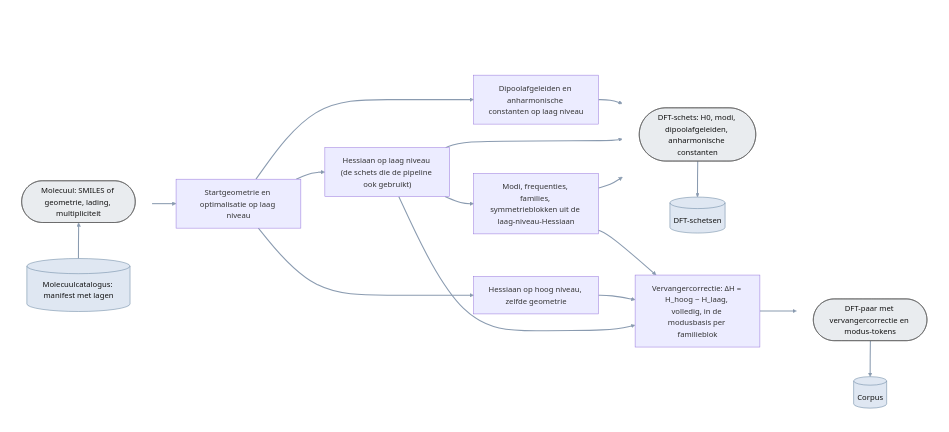
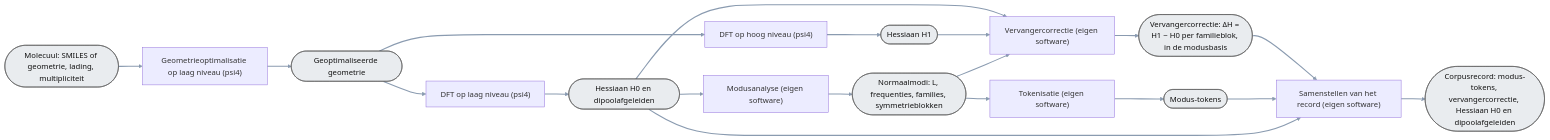
One commit to thebreadishard/udacity-capstone-plan changed the diagram in plans/05_delta-probed-ir-pipeline/GoalGathering/architecture/11_datacreatie_corpus.mmd. Above: the diagram before and after it, drawn with Mermaid. The commit also changed 5 other files, not shown here.

Commit message:
Plan 05 architecture: the agreed rules applied to all target sheets (overview, label factory, corpus, training/validation/test, forward-pass components): step -> one data object, operation + software captions, no stores, no diamonds on target sheets, plain Mermaid; index with the consolidated rules

```diff
--- a/plans/05_delta-probed-ir-pipeline/GoalGathering/architecture/11_datacreatie_corpus.mmd
+++ b/plans/05_delta-probed-ir-pipeline/GoalGathering/architecture/11_datacreatie_corpus.mmd
@@ -1,58 +1,31 @@
-%% Datacreatie — het corpus: twee DFT-Hessianen per molecuul en wat eruit volgt (niveau 3).
-%% Rechthoek = processtap; ronde uiteinden = data-object; cilinder = opslag (onder het data-object). Alles bestaat.
+%% Datacreatie — het corpus: twee DFT-Hessianen per molecuul en de vervangercorrectie (niveau 3). Doelarchitectuur.
+%% Rechthoek = processtap (bewerking + software); ronde uiteinden = data-object (het ding). Elke stap levert één data-object. Alles bestaat.
 flowchart LR
   linkStyle default stroke:#8a9bb0,stroke-width:2.2px
   classDef data fill:#e9ecef,stroke:#555,color:#111
-  classDef store fill:#dfe7f2,stroke:#5b7a99,color:#111
 
-  subgraph IN [" "]
-    direction BT
-    MOL(["Molecuul: SMILES of geometrie, lading, multipliciteit"]):::data
-    CAT[("Molecuulcatalogus: manifest met lagen")]:::store
-    CAT --> MOL
-    SP0["&nbsp;<br/>&nbsp;<br/>&nbsp;"]
-  end
-  GEO["Startgeometrie en optimalisatie op laag niveau"]
-  HLO["Hessiaan op laag niveau (de schets die de pipeline ook gebruikt)"]
-  HHI["Hessiaan op hoog niveau, zelfde geometrie"]
-  DIP["Dipoolafgeleiden en anharmonische constanten op laag niveau"]
-  MODES["Modi, frequenties, families, symmetrieblokken uit de laag-niveau-Hessiaan"]
-  PROXY["Vervangercorrectie: ΔH = H_hoog − H_laag, volledig, in de modusbasis per familieblok"]
-  subgraph OUT1 [" "]
-    direction TB
-    PAIR(["DFT-paar met vervangercorrectie en modus-tokens"]):::data
-    CORPUS[("Corpus")]:::store
-    PAIR --> CORPUS
-    SP1["&nbsp;<br/>&nbsp;<br/>&nbsp;"]
-  end
-  subgraph OUT2 [" "]
-    direction TB
-    SK(["DFT-schets: H0, modi, dipoolafgeleiden, anharmonische constanten"]):::data
-    SKETCHES[("DFT-schetsen")]:::store
-    SK --> SKETCHES
-    SP2["&nbsp;<br/>&nbsp;<br/>&nbsp;"]
-  end
-  style IN fill:none,stroke:none
-  style OUT1 fill:none,stroke:none
-  style OUT2 fill:none,stroke:none
+  MOL(["Molecuul: SMILES of geometrie, lading, multipliciteit"]):::data
+  OPT["Geometrieoptimalisatie op laag niveau (psi4)"]
+  GEO(["Geoptimaliseerde geometrie"]):::data
+  DFTL["DFT op laag niveau (psi4)"]
+  SK(["Hessiaan H0 en dipoolafgeleiden"]):::data
+  DFTH["DFT op hoog niveau (psi4)"]
+  H1(["Hessiaan H1"]):::data
+  MODE["Modusanalyse (eigen software)"]
+  MODES(["Normaalmodi: L, frequenties, families, symmetrieblokken"]):::data
+  PROXY["Vervangercorrectie (eigen software)"]
+  DHP(["Vervangercorrectie: ΔH = H1 − H0 per familieblok, in de modusbasis"]):::data
+  TOKS["Tokenisatie (eigen software)"]
+  TOK(["Modus-tokens"]):::data
+  REC["Samenstellen van het record (eigen software)"]
+  CORP(["Corpusrecord: modus-tokens, vervangercorrectie, Hessiaan H0 en dipoolafgeleiden"]):::data
 
-  IN --> GEO --> HLO --> MODES
-  GEO --> HHI
-  GEO --> DIP
-  HLO --> PROXY
-  HHI --> PROXY
-  MODES --> PROXY --> OUT1
-  MODES --> OUT2
-  HLO --> OUT2
-  DIP --> OUT2
-
-  %% onzichtbare vulknopen boven de data-objecten (uitlijning met de naaste stap); hun verbindingen zijn weggestyled
-  MOL --- SP0
-  SP1 --- PAIR
-  SP2 --- SK
-  linkStyle 15 stroke:none,stroke-width:0px
-  linkStyle 16 stroke:none,stroke-width:0px
-  linkStyle 17 stroke:none,stroke-width:0px
-  style SP0 fill:none,stroke:none,color:transparent
-  style SP1 fill:none,stroke:none,color:transparent
-  style SP2 fill:none,stroke:none,color:transparent
+  MOL --> OPT --> GEO
+  GEO --> DFTL --> SK --> MODE --> MODES
+  GEO --> DFTH --> H1
+  SK --> PROXY
+  H1 --> PROXY
+  MODES --> PROXY --> DHP --> REC
+  MODES --> TOKS --> TOK --> REC
+  SK --> REC
+  REC --> CORP
```
